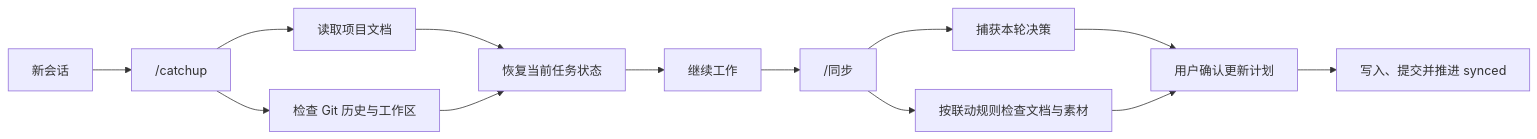
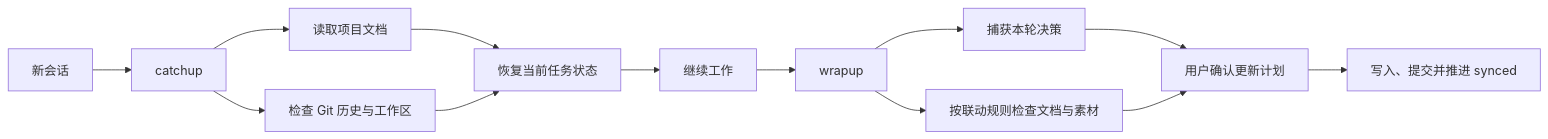
The diagram in README.md (sparkler233/project-consistency-kit), drawn with Mermaid before and after one commit. The commit also changed other lines of this file and 24 other files, not shown here.

````diff
--- a/README.md
+++ b/README.md
@@ -15,15 +15,15 @@
 ```mermaid
 flowchart LR
-    A["新会话"] --> B["/catchup"]
+    A["新会话"] --> B["catchup"]
     B --> C["读取项目文档"]
     B --> D["检查 Git 历史与工作区"]
     C --> E["恢复当前任务状态"]
     D --> E
     E --> F["继续工作"]
-    F --> G["/同步"]
+    F --> G["wrapup"]
     G --> H["捕获本轮决策"]
     G --> I["按联动规则检查文档与素材"]
     H --> J["用户确认更新计划"]
     I --> J
     J --> K["写入、提交并推进 synced"]
 ```
````
